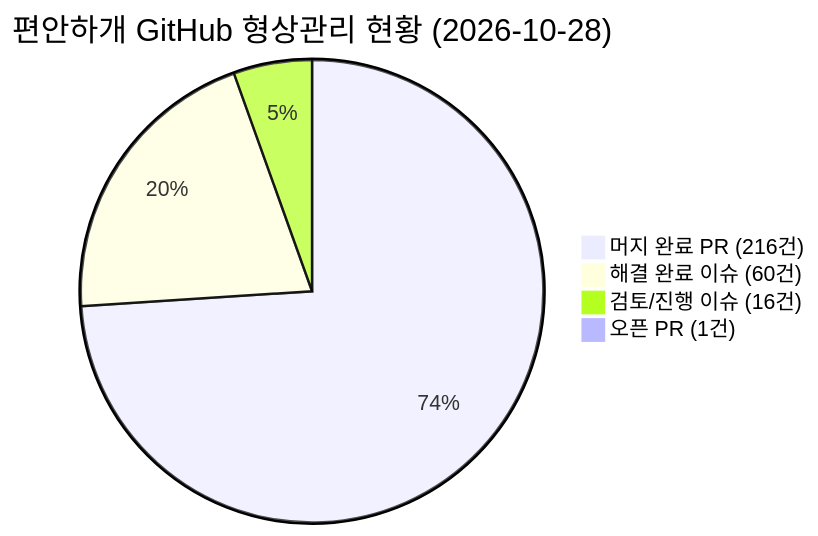
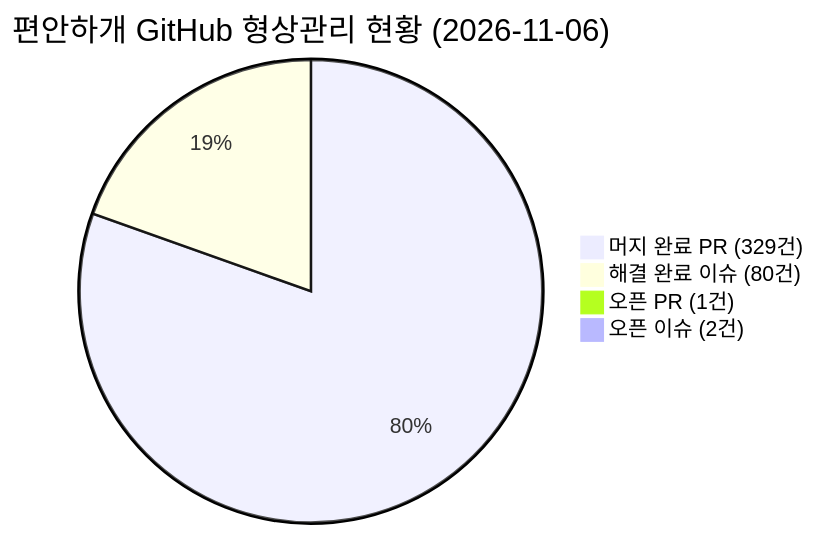
One commit to haru2014/pet_walk_t01 changed the second of 2 diagrams in docs/11_편안하개_사용자스토리_기반_시험결과보고서.md. Above: the diagram before and after it, drawn with Mermaid. The commit also changed other lines of this file and 5 other files, not shown here.

````diff
--- a/docs/11_편안하개_사용자스토리_기반_시험결과보고서.md
+++ b/docs/11_편안하개_사용자스토리_기반_시험결과보고서.md
@@ -87,7 +89,7 @@
 ```mermaid
-pie title 편안하개 GitHub 형상관리 현황 (2026-10-28)
-    "머지 완료 PR (216건)" : 216
-    "해결 완료 이슈 (60건)" : 60
-    "검토/진행 이슈 (16건)" : 16
+pie title 편안하개 GitHub 형상관리 현황 (2026-11-06)
+    "머지 완료 PR (329건)" : 329
+    "해결 완료 이슈 (80건)" : 80
     "오픈 PR (1건)" : 1
+    "오픈 이슈 (2건)" : 2
 ```
````
